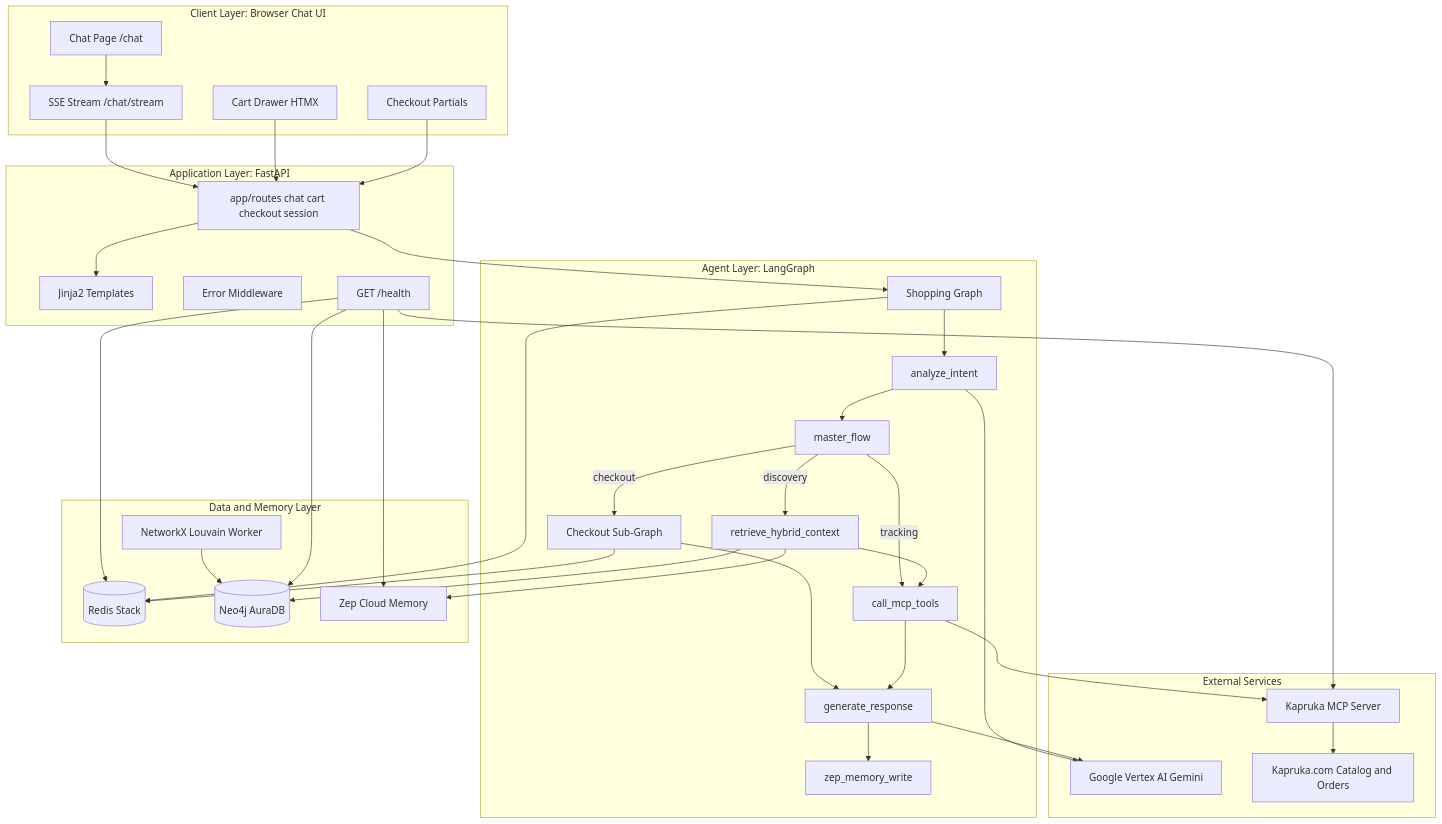
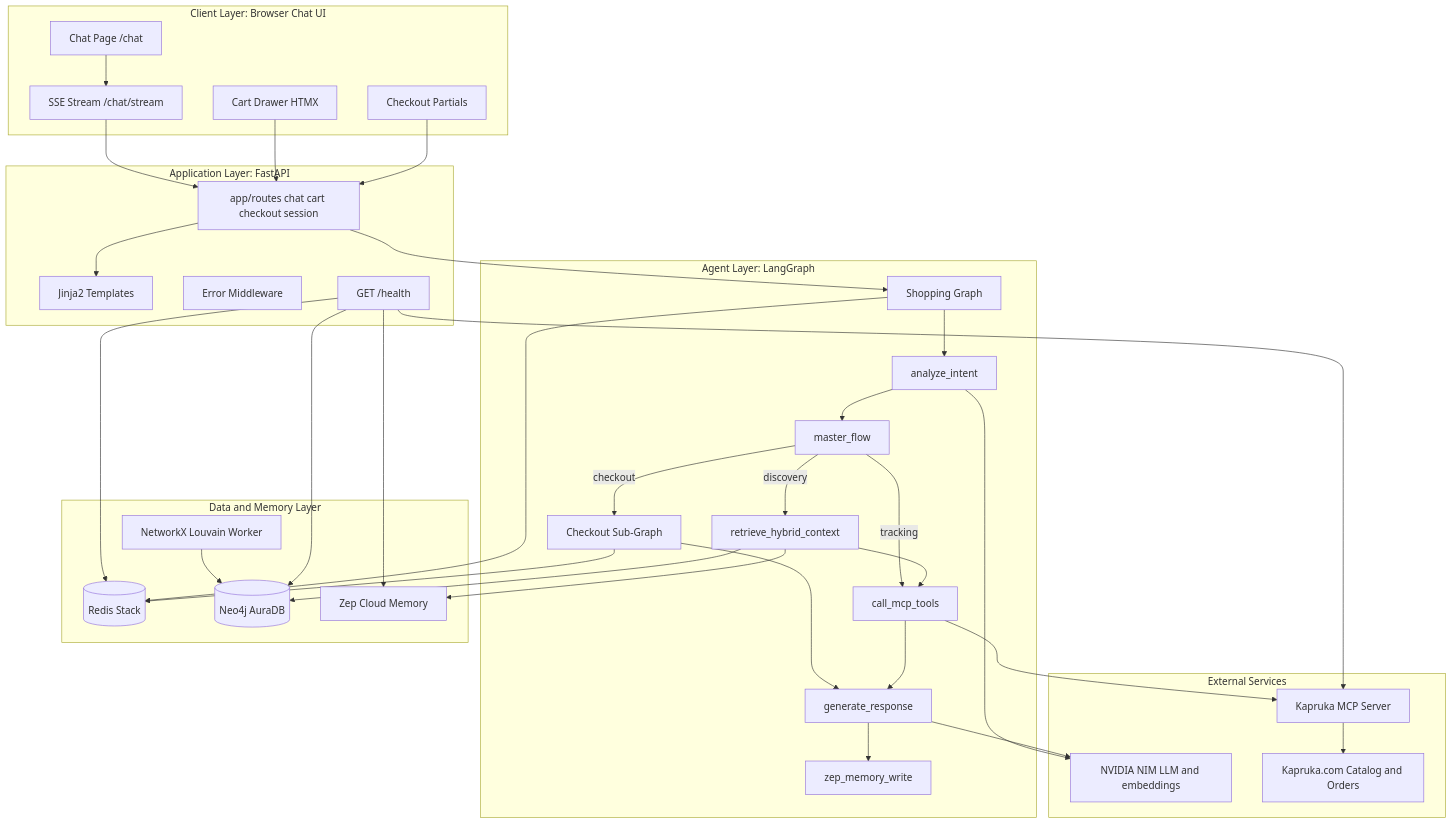
Before and after one commit to sethum-VS/AgenticKapruka: the diagram in README.md, drawn with Mermaid. The commit also changed other lines of this file and 15 other files, not shown here.

````diff
--- a/README.md
+++ b/README.md
@@ -37,70 +37,70 @@
 ```mermaid
 graph TD
     subgraph ClientLayer [Client Layer: Browser Chat UI]
         ChatPage[Chat Page /chat]
         CartDrawer[Cart Drawer HTMX]
         CheckoutForms[Checkout Partials]
         SSE[SSE Stream /chat/stream]
     end
 
     subgraph AppLayer [Application Layer: FastAPI]
         Routes[app/routes chat cart checkout session]
         Templates[Jinja2 Templates]
         Middleware[Error Middleware]
         Health[GET /health]
     end
 
     subgraph AgentLayer [Agent Layer: LangGraph]
         ShoppingGraph[Shopping Graph]
         CheckoutGraph[Checkout Sub-Graph]
         IntentNode[analyze_intent]
         MasterFlow[master_flow]
         HybridRAG[retrieve_hybrid_context]
         MCPTools[call_mcp_tools]
         Generate[generate_response]
         ZepWrite[zep_memory_write]
     end
 
     subgraph DataLayer [Data and Memory Layer]
         Redis[(Redis Stack)]
         Neo4j[(Neo4j AuraDB)]
         ZepCloud[Zep Cloud Memory]
         NetworkX[NetworkX Louvain Worker]
     end
 
     subgraph External [External Services]
-        VertexAI[Google Vertex AI Gemini]
+        NvidiaNIM[NVIDIA NIM LLM and embeddings]
         KaprukaMCP[Kapruka MCP Server]
         KaprukaAPI[Kapruka.com Catalog and Orders]
     end
 
     ChatPage --> SSE
     SSE --> Routes
     CartDrawer --> Routes
     CheckoutForms --> Routes
     Routes --> Templates
     Routes --> ShoppingGraph
     ShoppingGraph --> IntentNode
     IntentNode --> MasterFlow
     MasterFlow -->|discovery| HybridRAG
     MasterFlow -->|checkout| CheckoutGraph
     MasterFlow -->|tracking| MCPTools
     HybridRAG --> MCPTools
     CheckoutGraph --> Generate
     MCPTools --> Generate
     Generate --> ZepWrite
 
     HybridRAG --> Neo4j
     HybridRAG --> ZepCloud
     ShoppingGraph --> Redis
     CheckoutGraph --> Redis
     MCPTools --> KaprukaMCP
     KaprukaMCP --> KaprukaAPI
-    IntentNode --> VertexAI
-    Generate --> VertexAI
+    IntentNode --> NvidiaNIM
+    Generate --> NvidiaNIM
     NetworkX --> Neo4j
     Health --> Redis
     Health --> Neo4j
     Health --> ZepCloud
     Health --> KaprukaMCP
 ```
````
